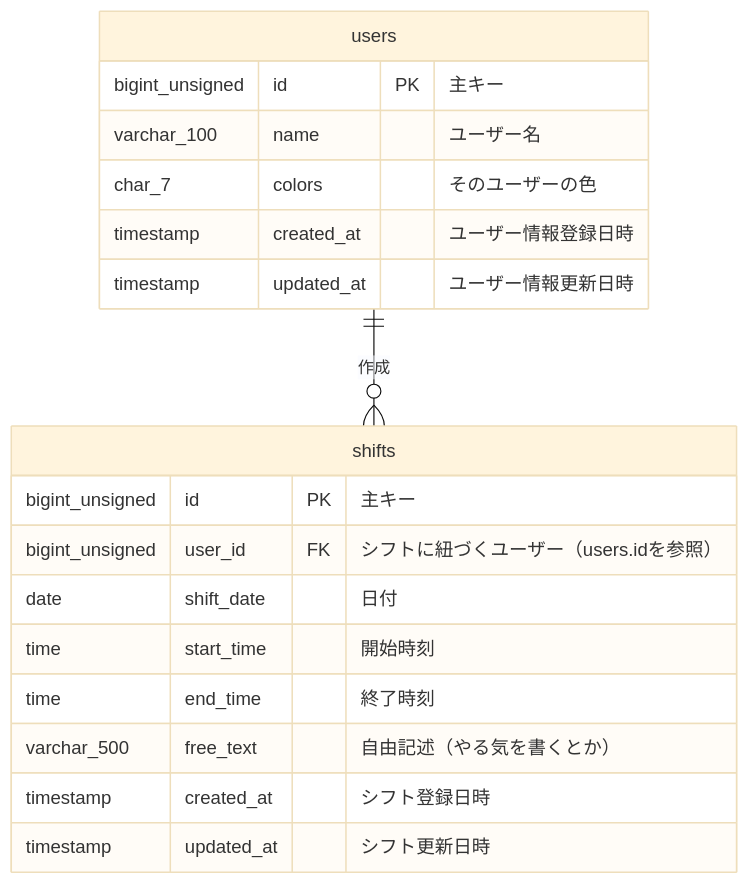
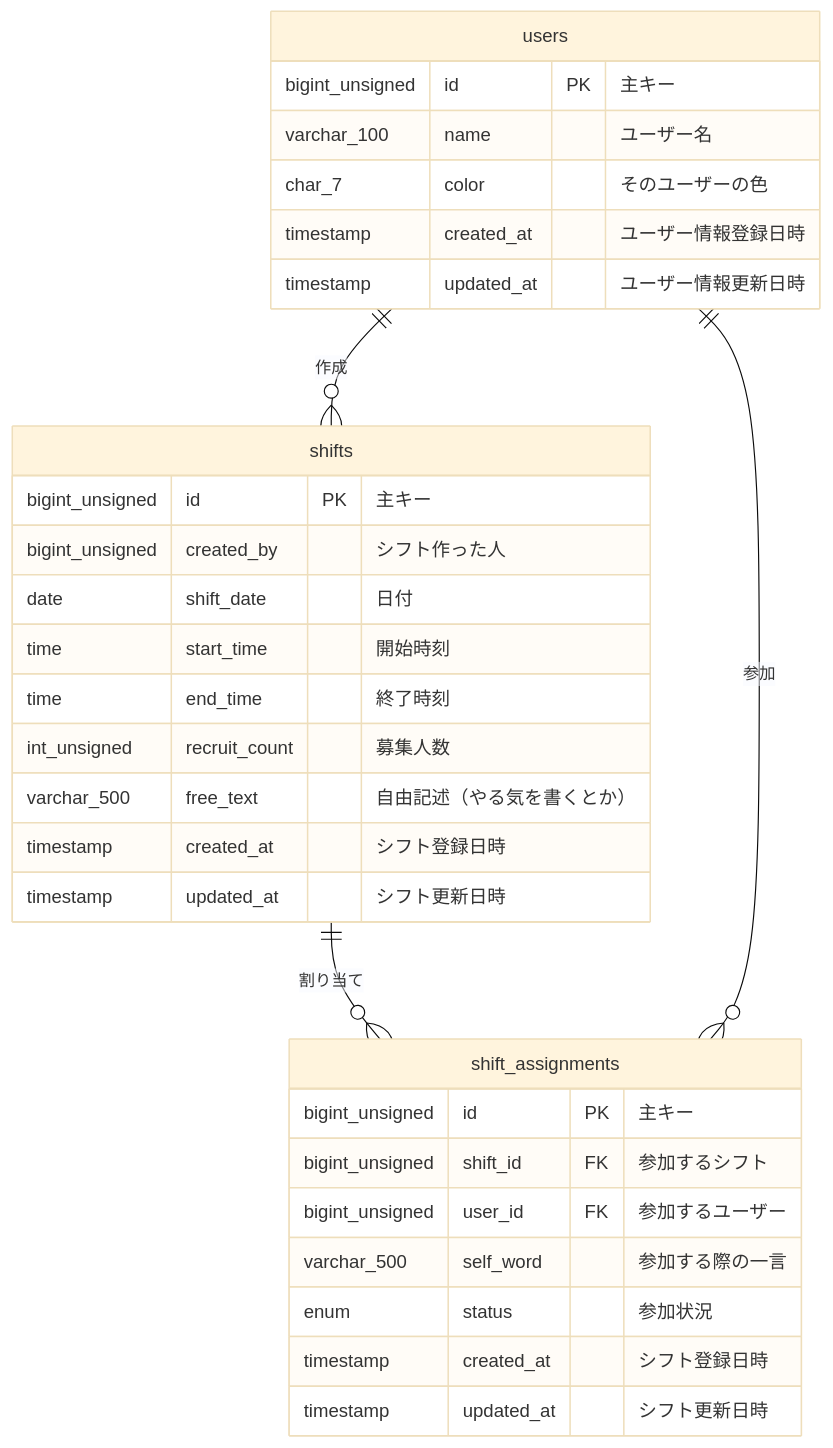
One commit to saitoumichi/shiftboard changed the diagram in README.md. Above: the diagram before and after it, drawn with Mermaid (base theme). The commit also changed other lines of this file and 7 other files, not shown here.

````diff
--- a/README.md
+++ b/README.md
@@ -20,23 +20,36 @@
 ```mermaid
 erDiagram
     users {
         bigint_unsigned id PK "主キー"
         varchar_100 name "ユーザー名"
-        char_7 colors "そのユーザーの色"
+        char_7 color "そのユーザーの色"
         timestamp created_at "ユーザー情報登録日時"
         timestamp updated_at "ユーザー情報更新日時"
     }
     
     shifts {
         bigint_unsigned id PK "主キー"
-        bigint_unsigned user_id FK "シフトに紐づくユーザー（users.idを参照）"
+        bigint_unsigned created_by "シフト作った人"
         date shift_date "日付"
         time start_time "開始時刻"
         time end_time "終了時刻"
+        int_unsigned recruit_count "募集人数"
         varchar_500 free_text "自由記述（やる気を書くとか）"
         timestamp created_at "シフト登録日時"
         timestamp updated_at "シフト更新日時"
     }
     
+    shift_assignments {
+        bigint_unsigned id PK "主キー"
+        bigint_unsigned shift_id FK "参加するシフト"
+        bigint_unsigned user_id FK "参加するユーザー"
+        varchar_500 self_word "参加する際の一言"
+        enum status "参加状況"
+        timestamp created_at "シフト登録日時"
+        timestamp updated_at "シフト更新日時"
+    }
+    
     users ||--o{ shifts : "作成"
+    shifts ||--o{ shift_assignments : "割り当て"
+    users ||--o{ shift_assignments : "参加"
 ```
````
